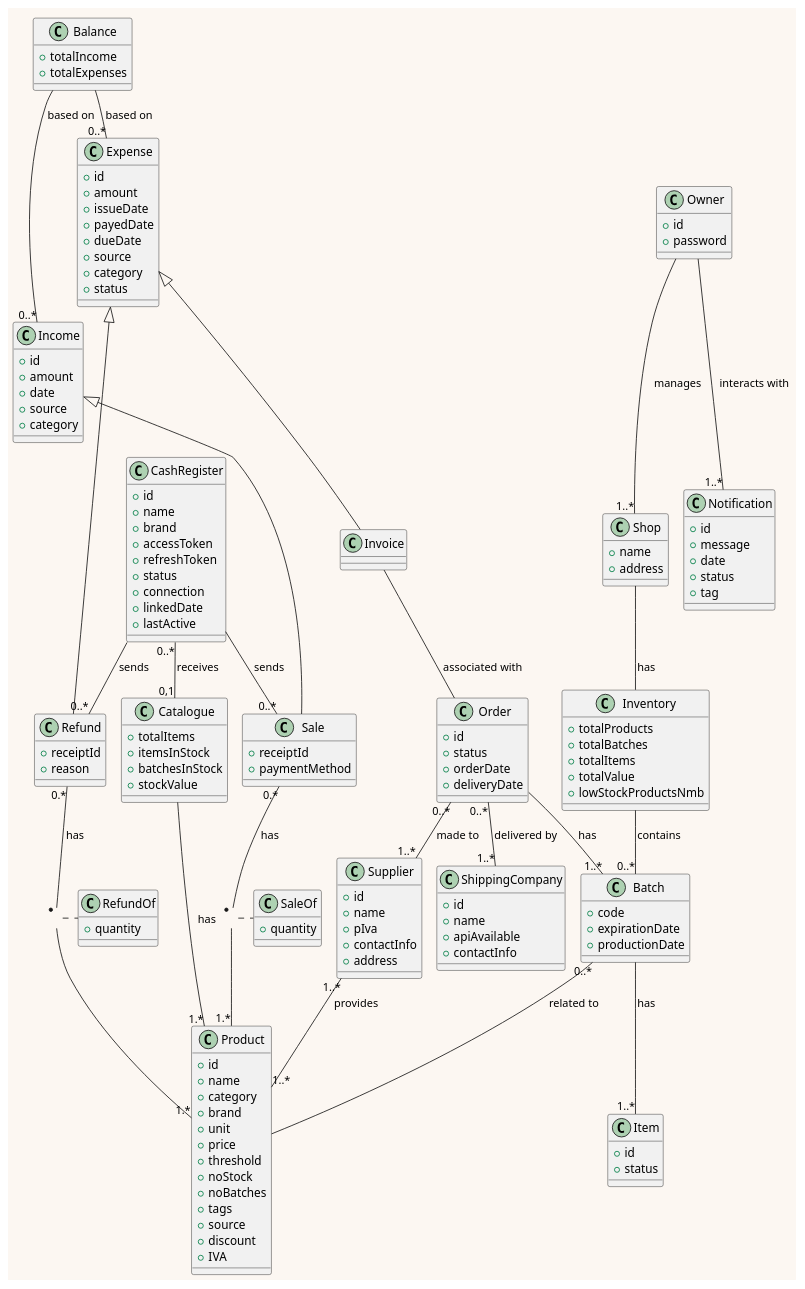
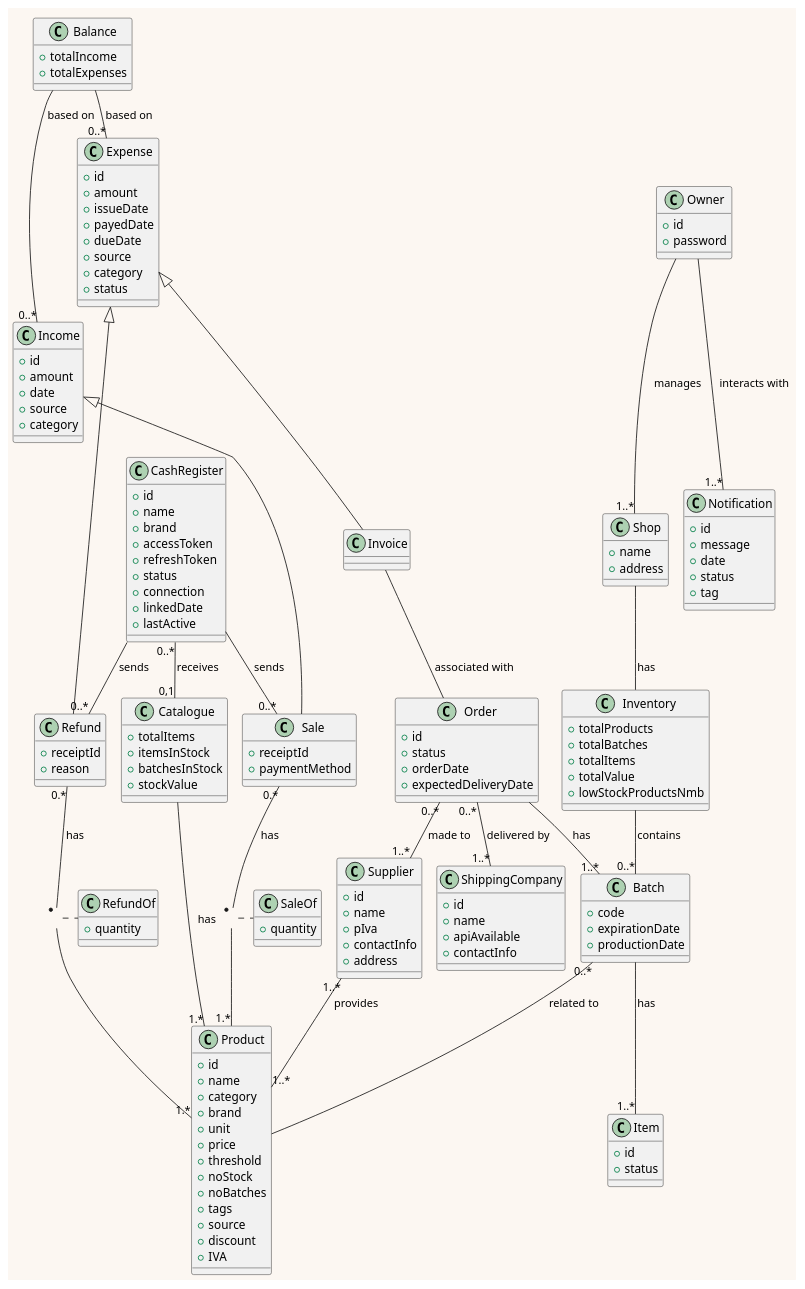
Before and after one commit to Giuseppeclv008/Project: the second of 3 diagrams in res/plantuml/diagrams.md, drawn with PlantUML. The commit also changed 1 other file, not shown here.

Commit message:
fix: 'deliveryDate' --> 'expectedDate'

```diff
--- a/res/plantuml/diagrams.md
+++ b/res/plantuml/diagrams.md
@@ -98,7 +98,7 @@
     + id
     + status
     + orderDate
-    + deliveryDate
+    + expectedDeliveryDate
 }
 
 class Income {
```
